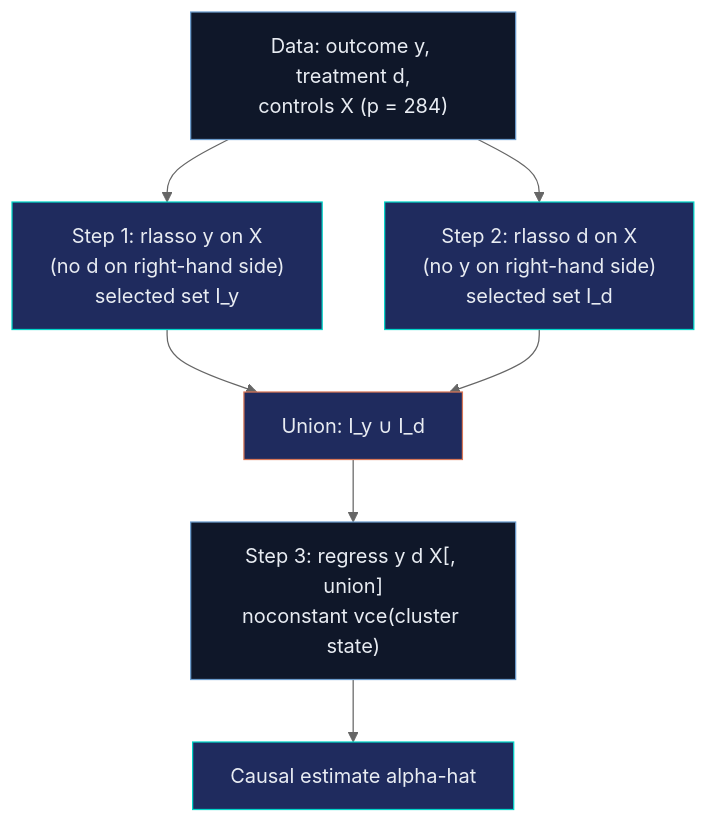
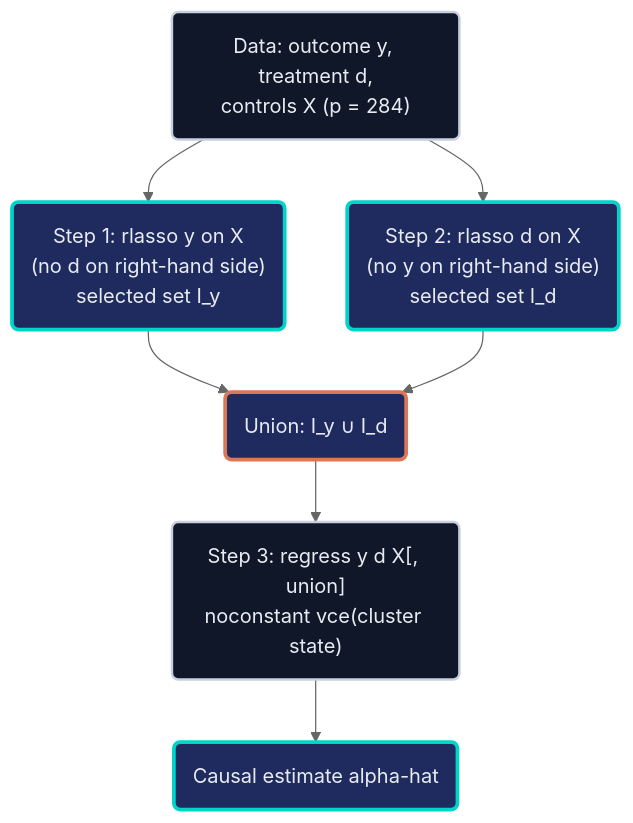
One commit to cmg777/starter-academic-v501 changed the first of 4 diagrams in content/post/stata_double_lasso/index.md. Above: the diagram before and after it, drawn with Mermaid (neutral theme). The commit also changed other lines of this file and 13 other files, not shown here.

First line of the commit message:
content(mermaid): restyle flowcharts in Stata posts, batch 1 of 2

````diff
--- a/content/post/stata_double_lasso/index.md
+++ b/content/post/stata_double_lasso/index.md
@@ -311,15 +311,15 @@
 ```mermaid
 flowchart TD
-    A["Data: outcome y, treatment d,<br/>controls X (p = 284)"] --> B["Step 1: rlasso y on X<br/>(no d on right-hand side)<br/>selected set I_y"]
-    A --> C["Step 2: rlasso d on X<br/>(no y on right-hand side)<br/>selected set I_d"]
-    B --> D["Union: I_y &cup; I_d"]
+    A("Data: outcome y, treatment d,<br/>controls X (p = 284)") --> B("Step 1: rlasso y on X<br/>(no d on right-hand side)<br/>selected set I_y")
+    A --> C("Step 2: rlasso d on X<br/>(no y on right-hand side)<br/>selected set I_d")
+    B --> D("Union: I_y &cup; I_d")
     C --> D
-    D --> E["Step 3: regress y d X[, union]<br/>noconstant vce(cluster state)"]
-    E --> F["Causal estimate alpha-hat"]
-    style A fill:#0f1729,stroke:#6a9bcc,color:#e8ecf2
-    style B fill:#1f2b5e,stroke:#00d4c8,color:#e8ecf2
-    style C fill:#1f2b5e,stroke:#00d4c8,color:#e8ecf2
-    style D fill:#1f2b5e,stroke:#d97757,color:#e8ecf2
-    style E fill:#0f1729,stroke:#6a9bcc,color:#e8ecf2
-    style F fill:#1f2b5e,stroke:#00d4c8,color:#e8ecf2
+    D --> E("Step 3: regress y d X[, union]<br/>noconstant vce(cluster state)")
+    E --> F("Causal estimate alpha-hat")
+    classDef anchor fill:#0f1729,stroke:#c8d0e0,stroke-width:2px,color:#e8ecf2
+    classDef teal fill:#1f2b5e,stroke:#00d4c8,stroke-width:3px,color:#e8ecf2
+    classDef orange fill:#1f2b5e,stroke:#d97757,stroke-width:3px,color:#e8ecf2
+    class A,E anchor
+    class B,C,F teal
+    class D orange
 ```
````
